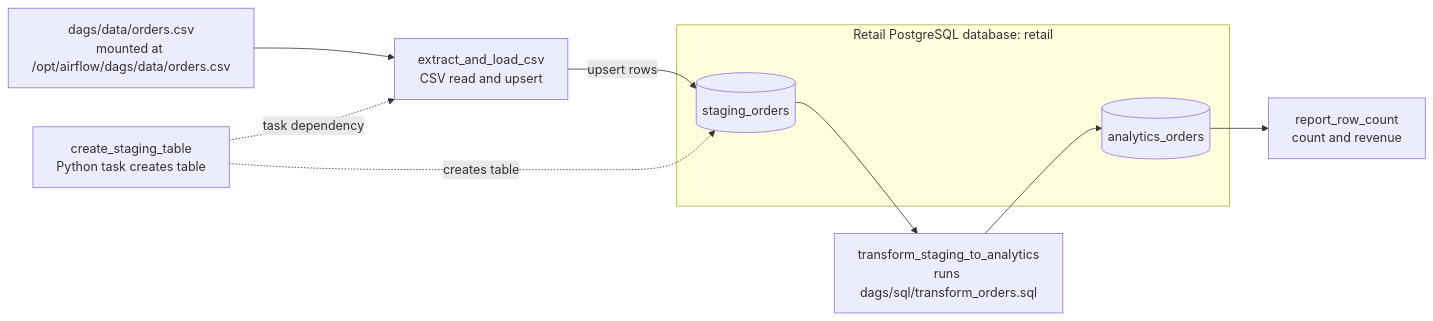
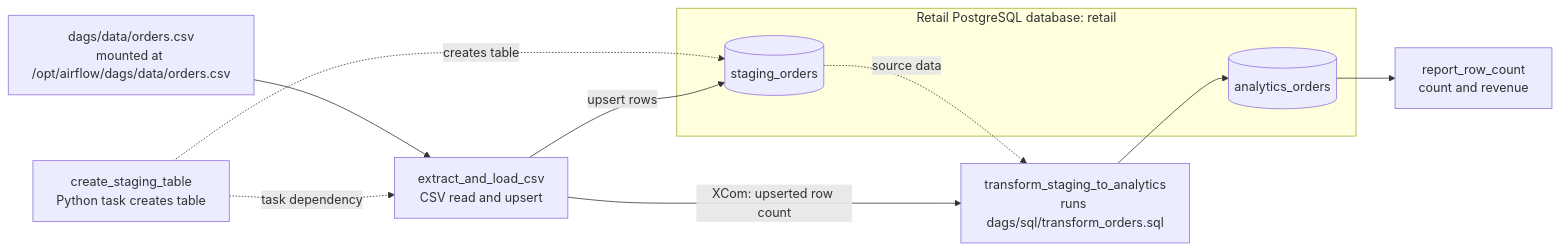
The second of 2 diagrams in ARCHITECTURE.md (shubhamshrimant/airflow-project), drawn with Mermaid before and after one commit. The commit also changed other lines of this file and 1 other file, not shown here.

Commit message:
xcom, variables, and connections

````diff
--- a/ARCHITECTURE.md
+++ b/ARCHITECTURE.md
@@ -53,21 +53,22 @@
 ```mermaid
 flowchart LR
     CSV["dags/data/orders.csv<br/>mounted at /opt/airflow/dags/data/orders.csv"]
     Create["create_staging_table<br/>Python task creates table"]
     Load["extract_and_load_csv<br/>CSV read and upsert"]
     Transform["transform_staging_to_analytics<br/>runs dags/sql/transform_orders.sql"]
     Report["report_row_count<br/>count and revenue"]
 
     subgraph RetailDB["Retail PostgreSQL database: retail"]
         Staging[("staging_orders")]
         Analytics[("analytics_orders")]
     end
 
     CSV --> Load
     Create -. task dependency .-> Load
     Create -. creates table .-> Staging
     Load -->|upsert rows| Staging
-    Staging --> Transform
+    Load -->|XCom: upserted row count| Transform
+    Staging -. source data .-> Transform
     Transform --> Analytics
     Analytics --> Report
 ```
````
